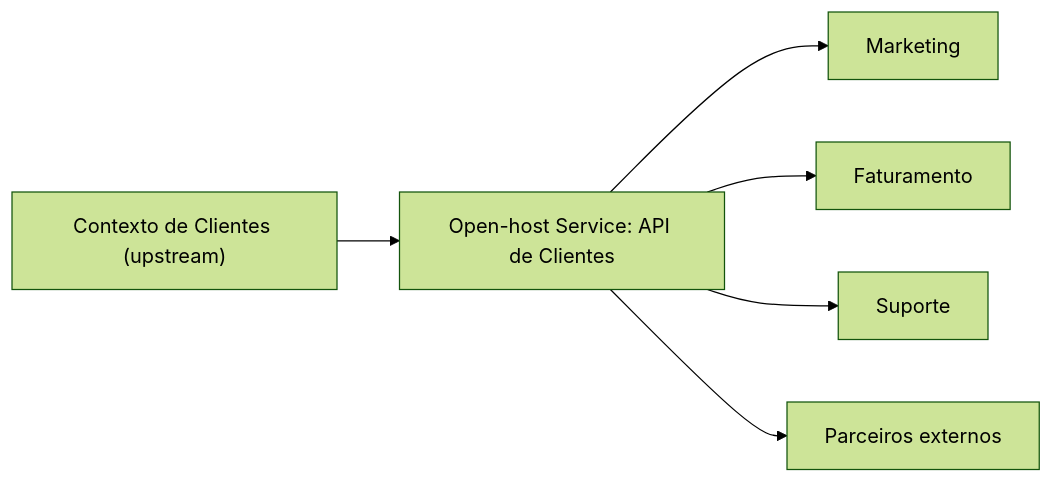
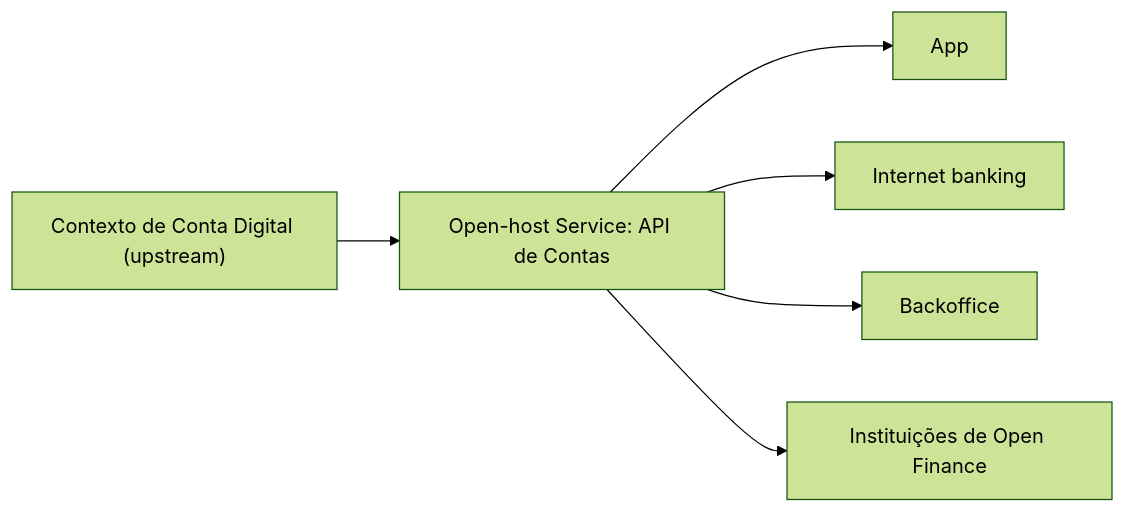
One commit to alancesar/design-patterns changed the diagram in docs/design/ddd/context-mapping/open-host-service.md. Above: the diagram before and after it, drawn with Mermaid (forest theme). The commit also changed other lines of this file and 67 other files, not shown here.

First line of the commit message:
Switch DDD examples and diagrams to fintech scenarios

````diff
--- a/docs/design/ddd/context-mapping/open-host-service.md
+++ b/docs/design/ddd/context-mapping/open-host-service.md
@@ -56,8 +56,8 @@
 ```mermaid
 flowchart LR
-    U["Contexto de Clientes (upstream)"] --> OHS["Open-host Service: API de Clientes"]
-    OHS --> C1["Marketing"]
-    OHS --> C2["Faturamento"]
-    OHS --> C3["Suporte"]
-    OHS --> C4["Parceiros externos"]
+    U["Contexto de Conta Digital (upstream)"] --> OHS["Open-host Service: API de Contas"]
+    OHS --> C1["App"]
+    OHS --> C2["Internet banking"]
+    OHS --> C3["Backoffice"]
+    OHS --> C4["Instituições de Open Finance"]
 ```
````
